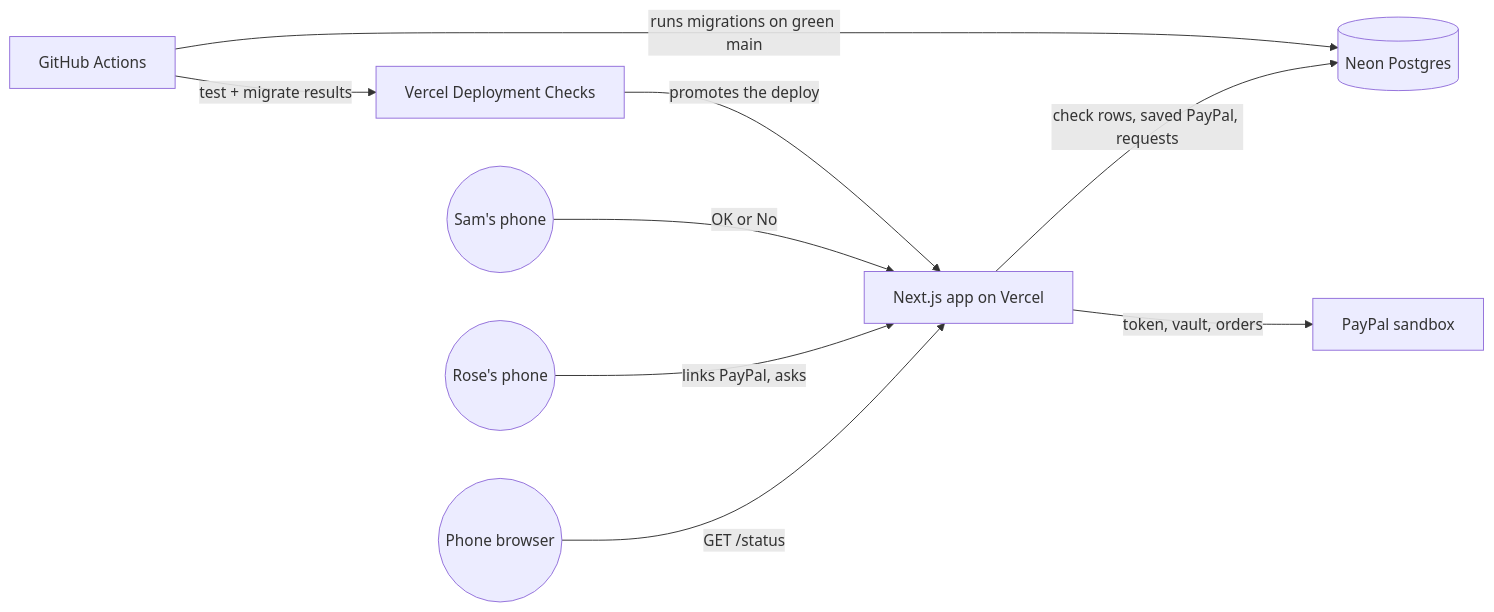
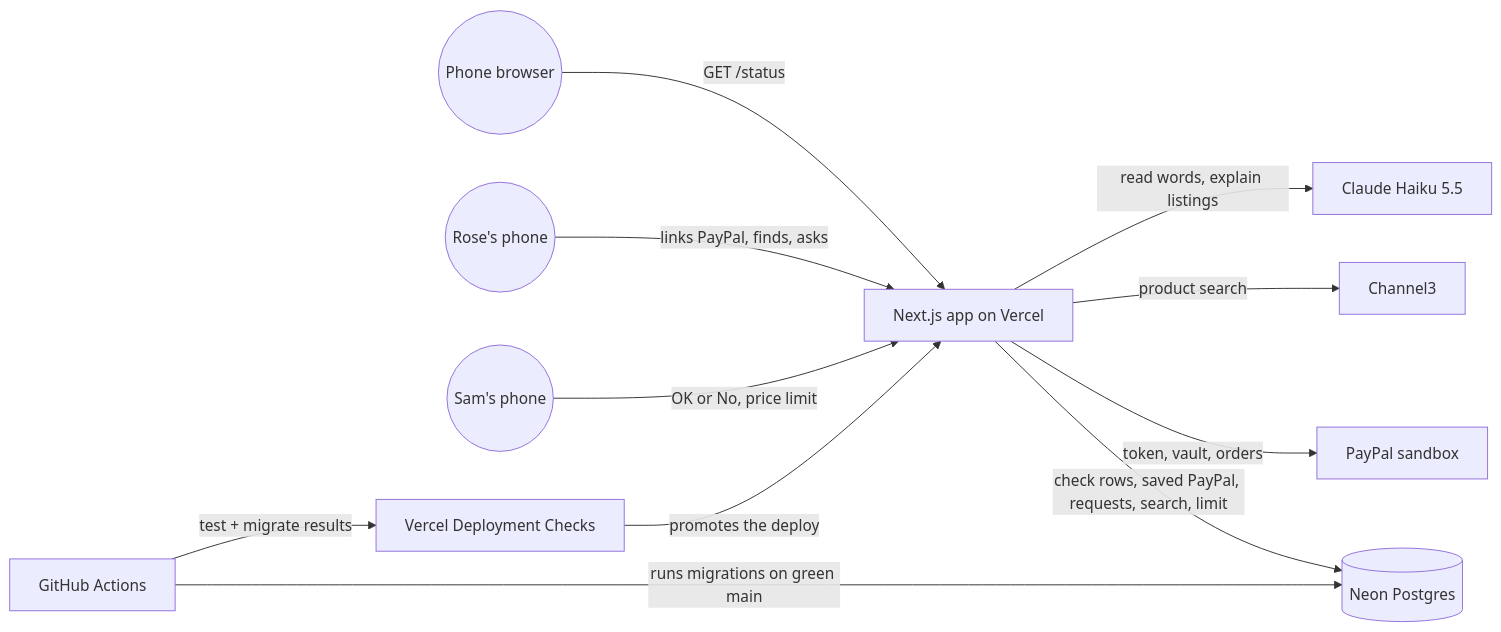
Before and after one commit to dzaffren/kincart: the first of 2 diagrams in docs/ARCHITECTURE.md, drawn with Mermaid. The commit also changed other lines of this file and 40 other files, not shown here.

First line of the commit message:
feat(shop): find and explain options for Rose

````diff
--- a/docs/ARCHITECTURE.md
+++ b/docs/ARCHITECTURE.md
@@ -7,11 +7,13 @@
 ```mermaid
 flowchart LR
     U((Phone browser)) -- "GET /status" --> APP[Next.js app on Vercel]
-    R((Rose's phone)) -- "links PayPal, asks" --> APP
-    S((Sam's phone)) -- "OK or No" --> APP
-    APP -- "check rows, saved PayPal, requests" --> NEON[(Neon Postgres)]
+    R((Rose's phone)) -- "links PayPal, finds, asks" --> APP
+    S((Sam's phone)) -- "OK or No, price limit" --> APP
+    APP -- "check rows, saved PayPal, requests, search, limit" --> NEON[(Neon Postgres)]
     APP -- "token, vault, orders" --> PP[PayPal sandbox]
+    APP -- "product search" --> C3[Channel3]
+    APP -- "read words, explain listings" --> CL[Claude Haiku 5.5]
     GH[GitHub Actions] -- "runs migrations on green main" --> NEON
     GH -- "test + migrate results" --> VC[Vercel Deployment Checks]
     VC -- "promotes the deploy" --> APP
 ```
````
